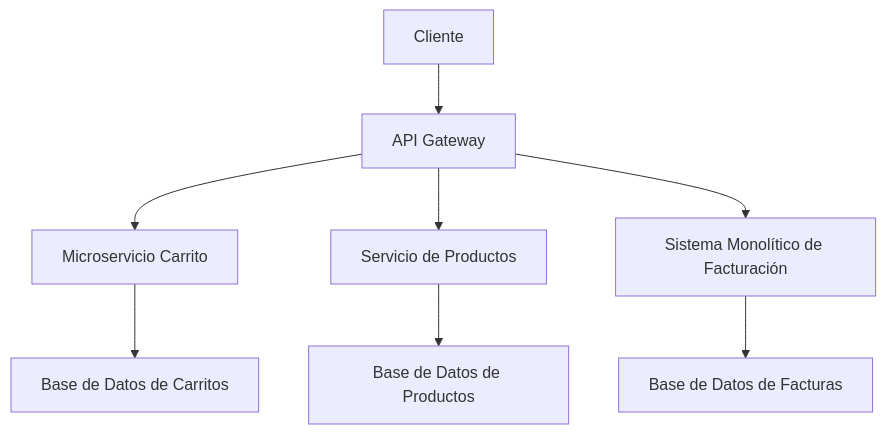
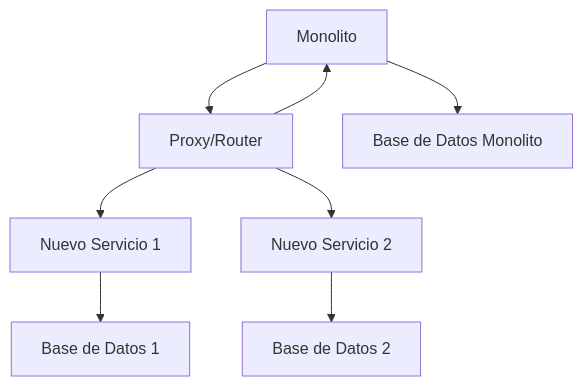
Before and after one commit to Joaquinriosheredia/DAM-Java-Mastery: the third of 4 diagrams in _Review/monolito_modular_vs_microservicios_cuando_usar_cada_uno/monolito_modular_vs_microservicios_cuando_usar_cada_uno.md, drawn with Mermaid. The commit also changed other lines of this file, not shown here.

Commit message:
monolito_modular_vs_microservicios_cuando_usar_cada_uno.md

````diff
--- a/_Review/monolito_modular_vs_microservicios_cuando_usar_cada_uno/monolito_modular_vs_microservicios_cuando_usar_cada_uno.md
+++ b/_Review/monolito_modular_vs_microservicios_cuando_usar_cada_uno/monolito_modular_vs_microservicios_cuando_usar_cada_uno.md
@@ -667,12 +432,10 @@
 ```mermaid
 graph TD
-    A[API Gateway] --> B[Microservicio Carrito]
-    A --> C[Servicio de Productos]
-    A --> D[Sistema Monolítico de Facturación]
-
-    B --> E[Base de Datos de Carritos]
-    C --> F[Base de Datos de Productos]
-    D --> G[Base de Datos de Facturas]
-
-    H[Cliente] --> A
+    A[Monolito] --> B[Proxy/Router]
+    B --> C[Nuevo Servicio 1]
+    B --> D[Nuevo Servicio 2]
+    B --> A
+    C --> E[Base de Datos 1]
+    D --> F[Base de Datos 2]
+    A --> G[Base de Datos Monolito]
 ```
````
